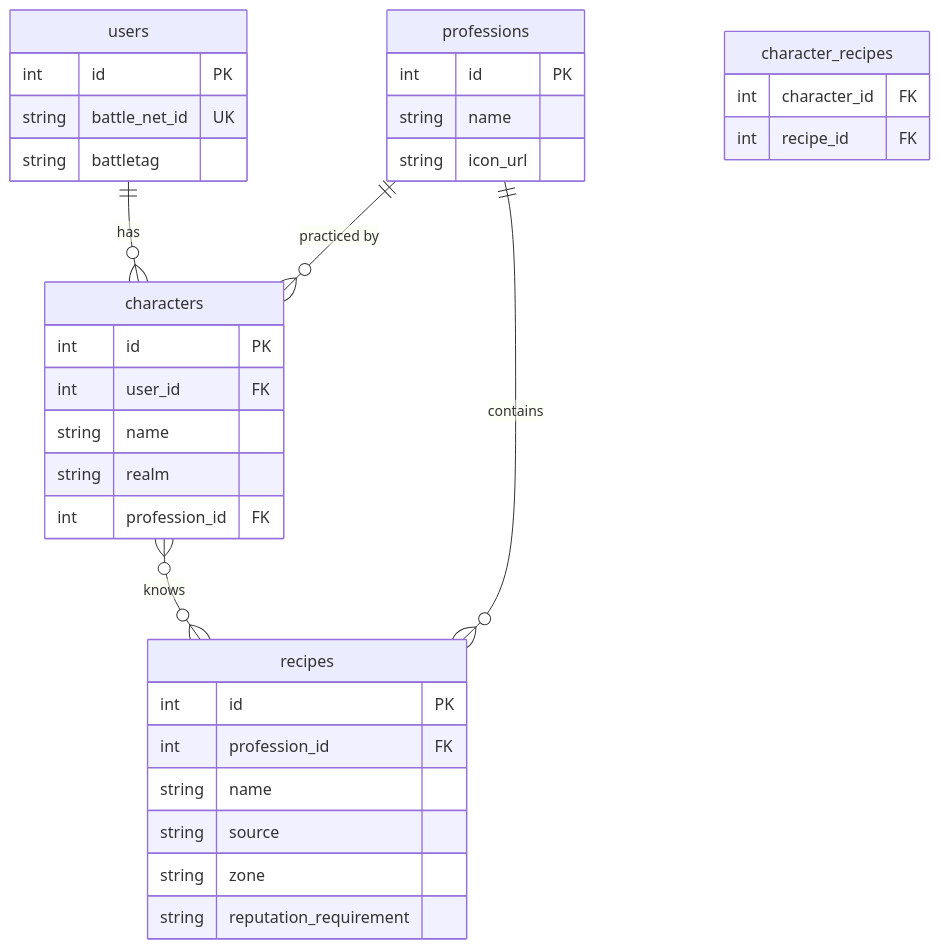
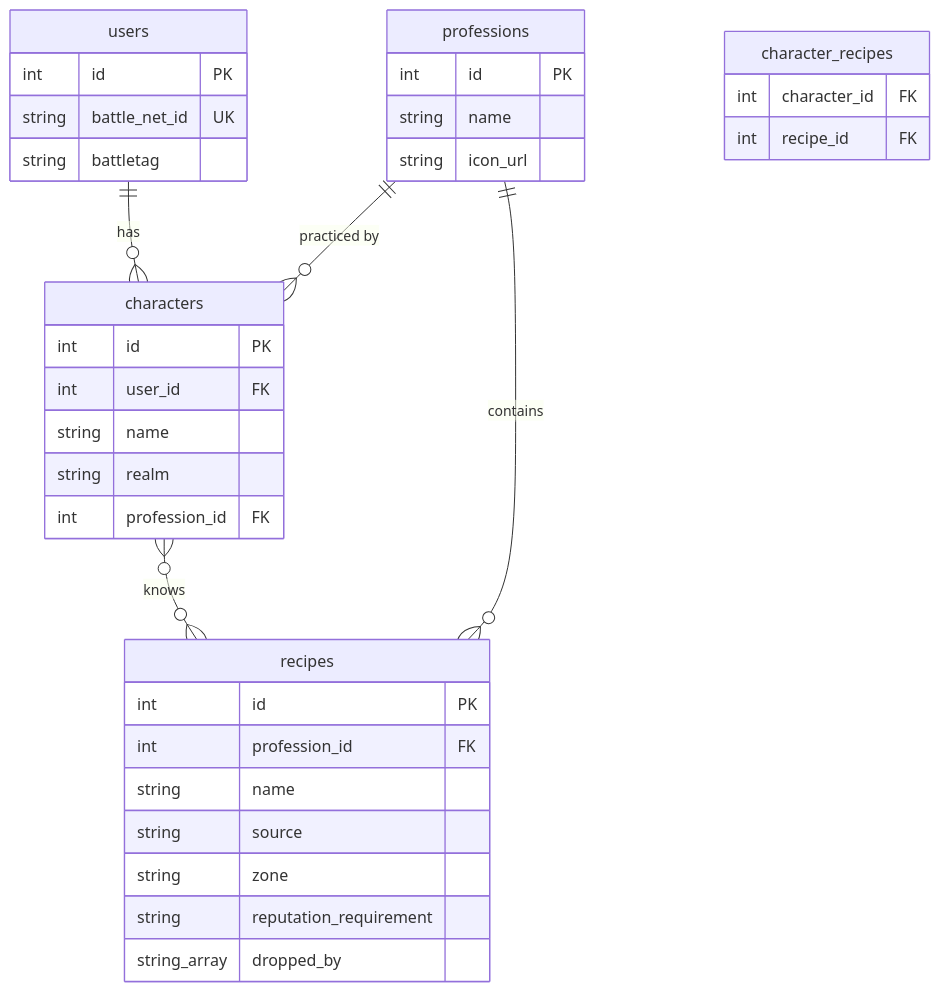
Before and after one commit to skatiedust/wow-profession-recipes: the second of 2 diagrams in tasks/prd-wow-profession-recipes.md, drawn with Mermaid. The commit also changed other lines of this file and 5 other files, not shown here.

````diff
--- a/tasks/prd-wow-profession-recipes.md
+++ b/tasks/prd-wow-profession-recipes.md
@@ -120,37 +120,38 @@
 ```mermaid
 erDiagram
     users {
         int id PK
         string battle_net_id UK
         string battletag
     }
     characters {
         int id PK
         int user_id FK
         string name
         string realm
         int profession_id FK
     }
     professions {
         int id PK
         string name
         string icon_url
     }
     recipes {
         int id PK
         int profession_id FK
         string name
         string source
         string zone
         string reputation_requirement
+        string_array dropped_by
     }
     character_recipes {
         int character_id FK
         int recipe_id FK
     }
 
     users ||--o{ characters : has
     professions ||--o{ characters : "practiced by"
     professions ||--o{ recipes : contains
     characters }o--o{ recipes : knows
 ```
````
